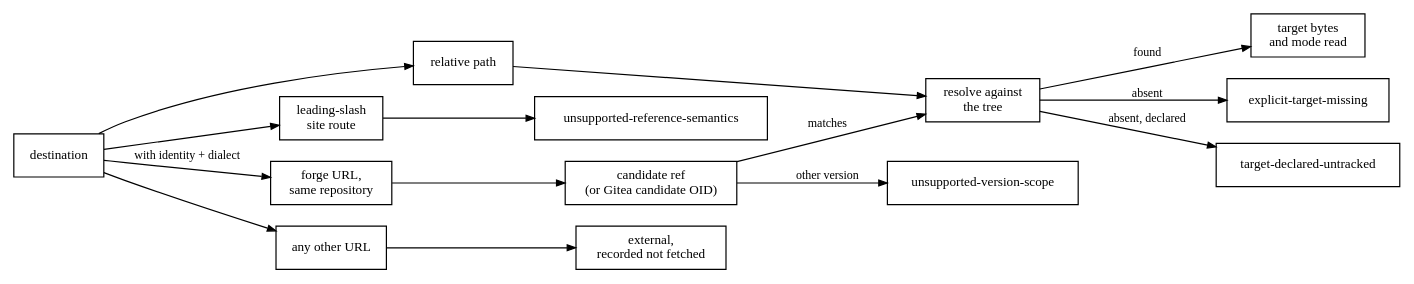
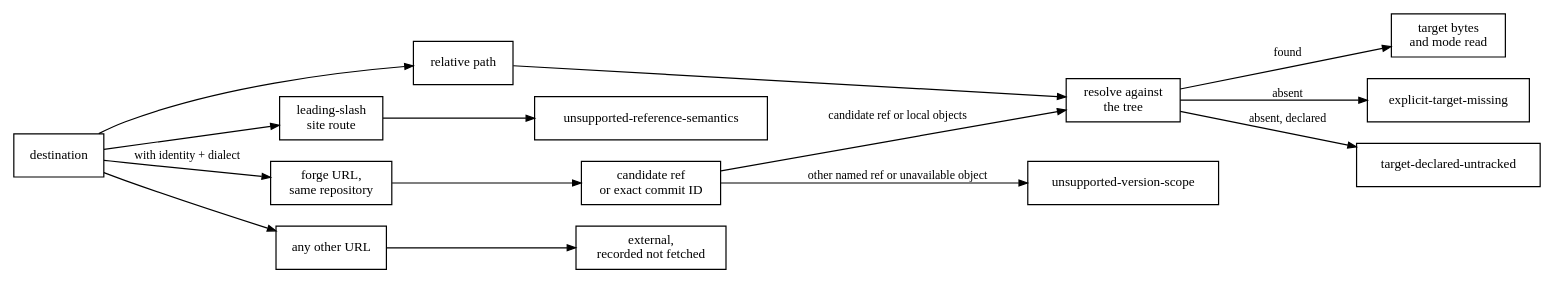
The diagram in docs/src/resolution.md (HardMax71/amiss), drawn with Graphviz before and after one commit. The commit also changed other lines of this file and 39 other files, not shown here.

````diff
--- a/docs/src/resolution.md
+++ b/docs/src/resolution.md
@@ -79,31 +80,31 @@
 ```dot process
 digraph resolve {
   rankdir = LR;
   node [shape = box, fontname = "Latin Modern, Georgia, serif", fontsize = 11];
   edge [fontname = "Latin Modern, Georgia, serif", fontsize = 10, arrowsize = 0.7];
   dest  [label = "destination"];
   rel   [label = "relative path"];
   route [label = "leading-slash
 site route"];
   forge [label = "forge URL,
 same repository"];
   scope [label = "candidate ref
-(or Gitea candidate OID)"];
+or exact commit ID"];
   other [label = "any other URL"];
   tree  [label = "resolve against
 the tree"];
   ext   [label = "external,
 recorded not fetched"];
   vers  [label = "unsupported-version-scope"];
   unsup [label = "unsupported-reference-semantics"];
   hit   [label = "target bytes
 and mode read"];
   miss  [label = "explicit-target-missing"];
   decl  [label = "target-declared-untracked"];
   dest -> rel; dest -> forge [label = "with identity + dialect"]; dest -> route; dest -> other;
-  rel -> tree; forge -> scope; scope -> tree [label = "matches"];
-  scope -> vers [label = "other version"]; route -> unsup; other -> ext;
+  rel -> tree; forge -> scope; scope -> tree [label = "candidate ref or local objects"];
+  scope -> vers [label = "other named ref or unavailable object"]; route -> unsup; other -> ext;
   tree -> hit [label = "found"]; tree -> decl [label = "absent, declared"];
   tree -> miss [label = "absent"];
 }
 ```
````
